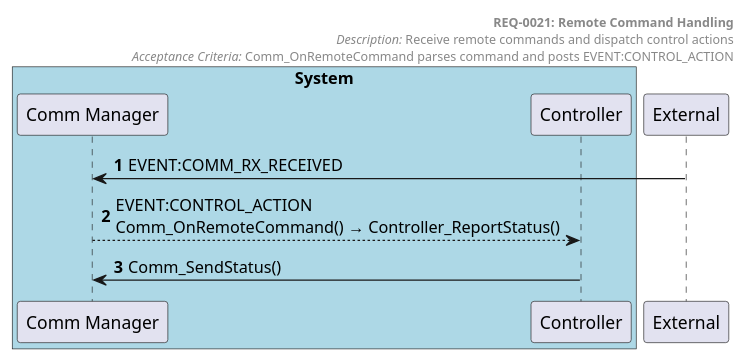
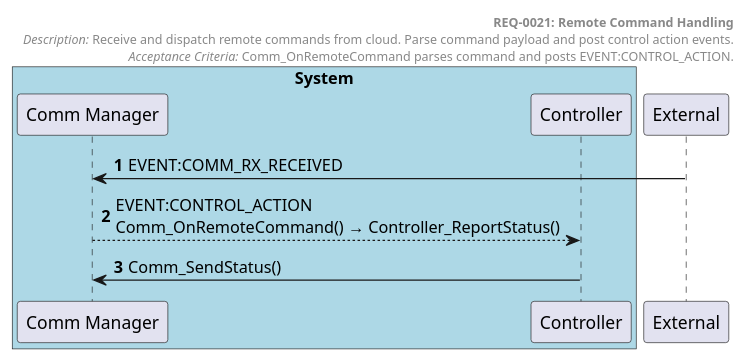
One commit to tvanfossen/doxygen-guard-example changed the diagram in docs/generated/sequences/REQ-0021.puml. Above: the diagram before and after it, drawn with PlantUML. The commit also changed 19 other files, not shown here.

```diff
--- a/docs/generated/sequences/REQ-0021.puml
+++ b/docs/generated/sequences/REQ-0021.puml
@@ -1,20 +1,20 @@
 @startuml REQ-0021 Remote Command Handling
 autonumber
 
 box "System" #LightBlue
   participant "Comm Manager" as Comm_Manager
   participant "Controller" as Controller
 end box
 
 header
   **REQ-0021: Remote Command Handling**
-  //Description:// Receive remote commands and dispatch control actions
-  //Acceptance Criteria:// Comm_OnRemoteCommand parses command and posts EVENT:CONTROL_ACTION
+  //Description:// Receive and dispatch remote commands from cloud. Parse command payload and post control action events.
+  //Acceptance Criteria:// Comm_OnRemoteCommand parses command and posts EVENT:CONTROL_ACTION.
 end header
 
 
 External -> Comm_Manager: EVENT:COMM_RX_RECEIVED
 Comm_Manager --> Controller: EVENT:CONTROL_ACTION\nComm_OnRemoteCommand() → Controller_ReportStatus()
 Controller -> Comm_Manager: Comm_SendStatus()
 
 @enduml
```
